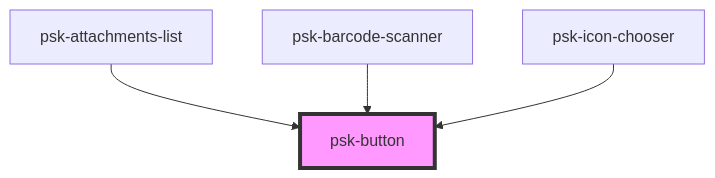
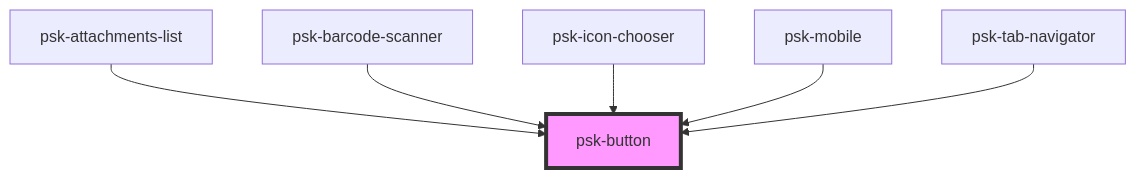
One commit to daniel-visoiu/cardinal changed the diagram in src/components/psk-button/readme.md. Above: the diagram before and after it, drawn with Mermaid. The commit also changed other lines of this file and 15 other files, not shown here.

````diff
--- a/src/components/psk-button/readme.md
+++ b/src/components/psk-button/readme.md
@@ -32,7 +34,9 @@
 ```mermaid
 graph TD;
   psk-attachments-list --> psk-button
   psk-barcode-scanner --> psk-button
   psk-icon-chooser --> psk-button
+  psk-mobile --> psk-button
+  psk-tab-navigator --> psk-button
   style psk-button fill:#f9f,stroke:#333,stroke-width:4px
 ```
````
